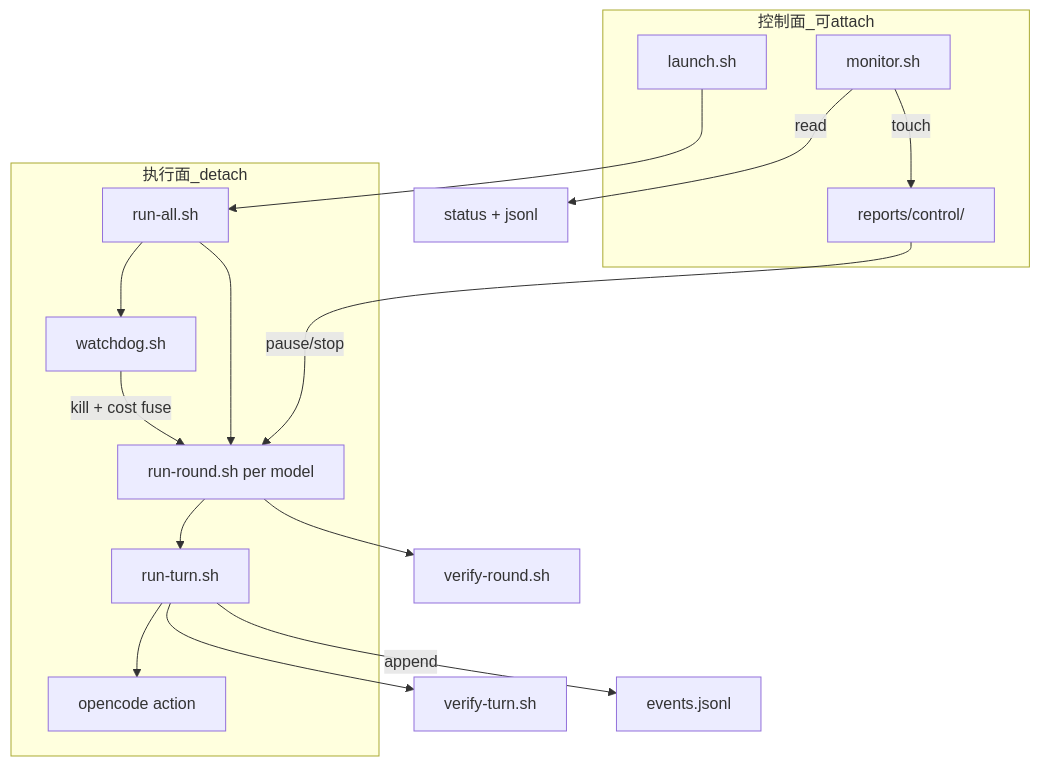
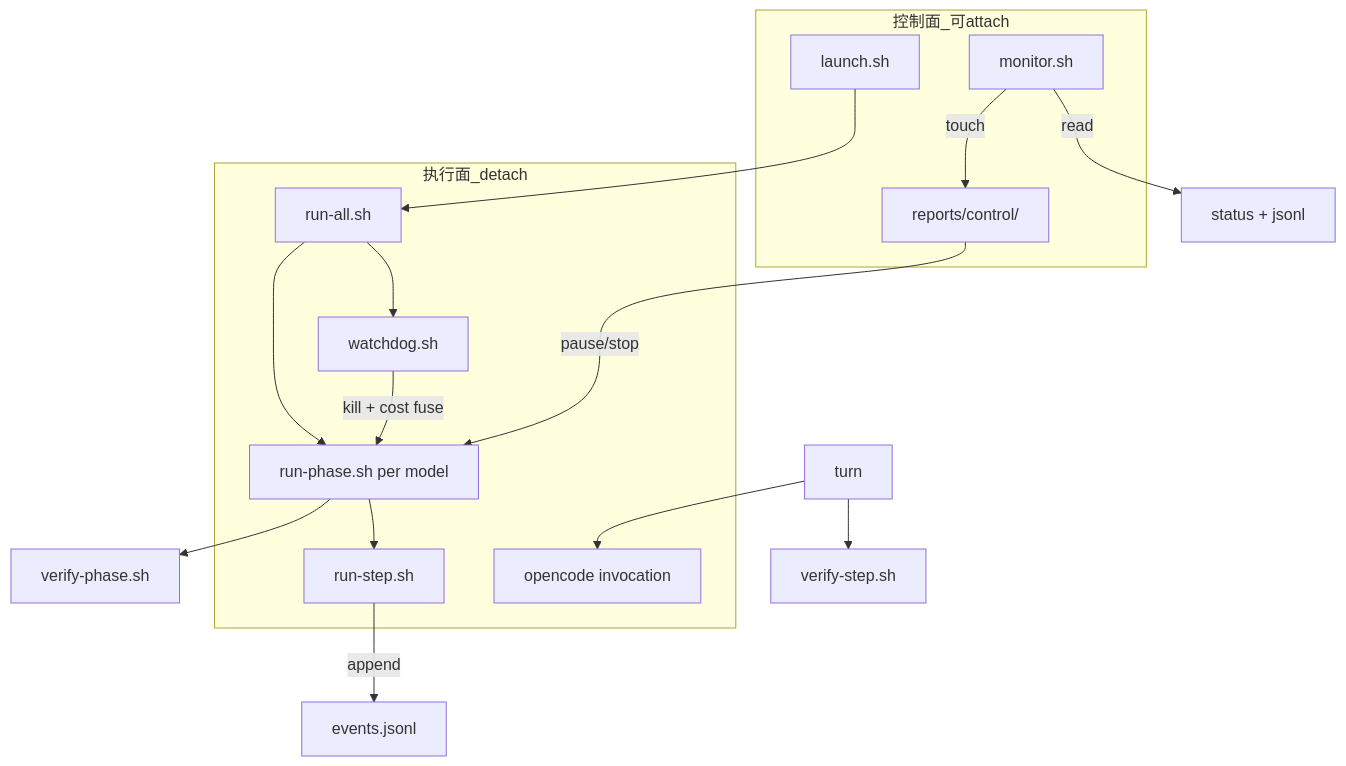
Before and after one commit to orochi115/SudokuSolver: the diagram in orchestration/round2/design/harness-spec.md, drawn with Mermaid. The commit also changed other lines of this file and 5 other files, not shown here.

First line of the commit message:
docs(round2): adopt phase/step/invocation terminology for run4 design

````diff
--- a/orchestration/round2/design/harness-spec.md
+++ b/orchestration/round2/design/harness-spec.md
@@ -18,30 +18,30 @@
 ```mermaid
 flowchart TB
   subgraph control_plane [控制面_可attach]
     launch[launch.sh]
     monitor[monitor.sh]
     ctl[reports/control/]
   end
 
   subgraph data_plane [执行面_detach]
     sched[run-all.sh]
     wd[watchdog.sh]
-    pipe[run-round.sh per model]
-    turn[run-turn.sh]
-    oc[opencode action]
+    pipe[run-phase.sh per model]
+    stepNode[run-step.sh]
+    oc[opencode invocation]
   end
 
   launch --> sched
   sched --> wd
   sched --> pipe
-  pipe --> turn
+  pipe --> stepNode
   turn --> oc
-  turn --> vt[verify-turn.sh]
-  pipe --> vr[verify-round.sh]
+  turn --> vt[verify-step.sh]
+  pipe --> vr[verify-phase.sh]
 
   monitor -->|read| status[status + jsonl]
   monitor -->|touch| ctl
   ctl -->|pause/stop| pipe
   wd -->|kill + cost fuse| pipe
-  turn -->|append| events[events.jsonl]
+  stepNode -->|append| events[events.jsonl]
 ```
````
